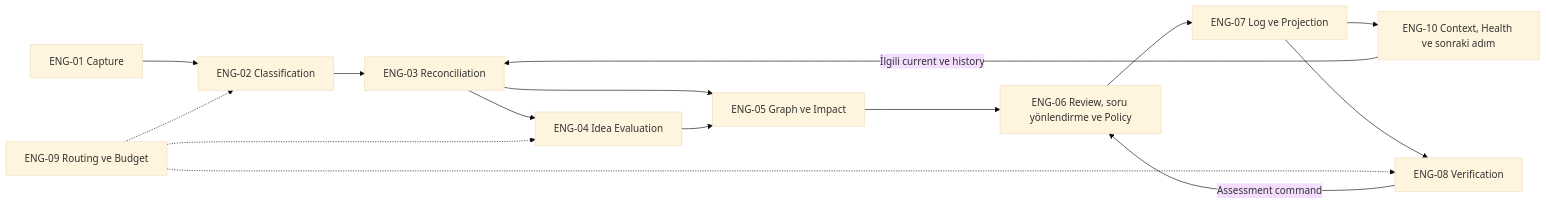
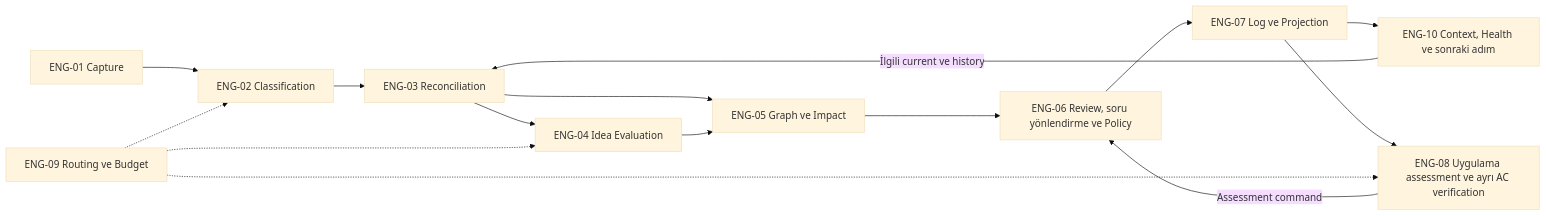
The second of 13 diagrams in docs/architecture/diagrams.md (alphanAkbulut/decivora), drawn with Mermaid (base theme) before and after one commit. The commit also changed other lines of this file and 41 other files, not shown here.

````diff
--- a/docs/architecture/diagrams.md
+++ b/docs/architecture/diagrams.md
@@ -49,17 +56,17 @@
 ```mermaid
 flowchart LR
     E1[ENG-01 Capture] --> E2[ENG-02 Classification]
     E2 --> E3[ENG-03 Reconciliation]
     E3 --> E4[ENG-04 Idea Evaluation]
     E3 --> E5[ENG-05 Graph ve Impact]
     E4 --> E5
     E5 --> E6[ENG-06 Review, soru yönlendirme ve Policy]
     E6 --> E7[ENG-07 Log ve Projection]
     E7 --> E10[ENG-10 Context, Health ve sonraki adım]
     E10 -->|İlgili current ve history| E3
-    E7 --> E8[ENG-08 Verification]
+    E7 --> E8[ENG-08 Uygulama assessment ve ayrı AC verification]
     E8 -->|Assessment command| E6
     E9[ENG-09 Routing ve Budget] -.-> E2
     E9 -.-> E4
     E9 -.-> E8
 ```
````
